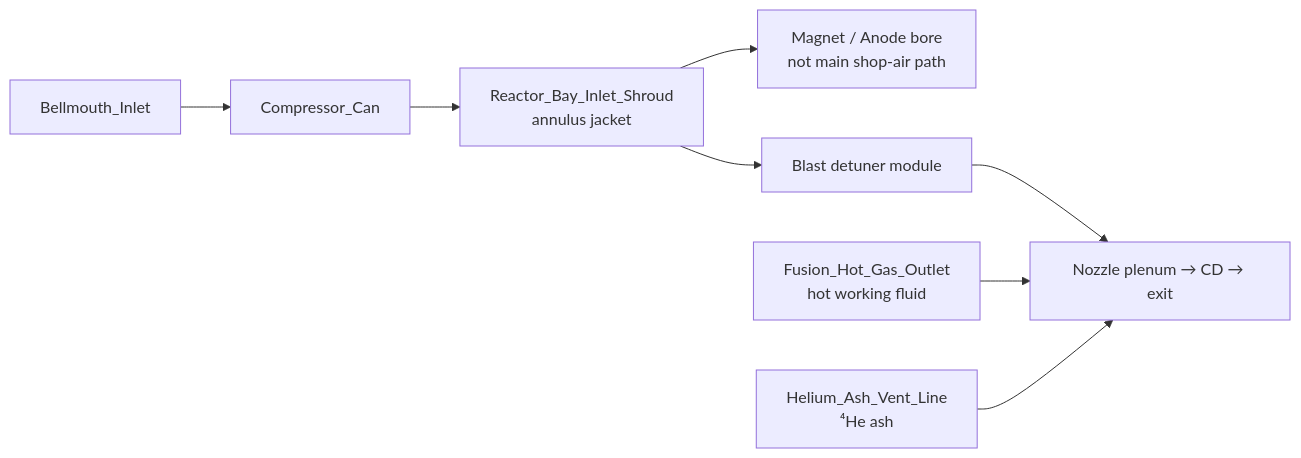
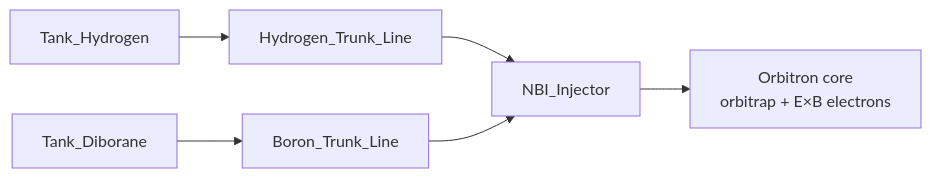
The diagram in gas_flow.md (catskillsresearch/CatskillsFusionSSTO), drawn with Mermaid before and after one commit. The commit also changed other lines of this file and 16 other files, not shown here.

````diff
--- a/gas_flow.md
+++ b/gas_flow.md
@@ -28,10 +27,8 @@
 ```mermaid
 flowchart LR
-  B[Bellmouth_Inlet] --> C[Compressor_Can]
-  C --> J[Reactor_Bay_Inlet_Shroud\nannulus jacket]
-  J --> M[Magnet / Anode bore\nnot main shop-air path]
-  J --> BD[Blast detuner module]
-  BD --> N[Nozzle plenum → CD → exit]
-  FO[Fusion_Hot_Gas_Outlet\nhot working fluid] --> N
-  HE[Helium_Ash_Vent_Line\n⁴He ash] --> N
+  H[Tank_Hydrogen] --> HT[Hydrogen_Trunk_Line]
+  B[Tank_Diborane] --> BT[Boron_Trunk_Line]
+  HT --> NBI[NBI_Injector]
+  BT --> NBI
+  NBI --> CORE[Orbitron core\norbitrap + E×B electrons]
 ```
````
